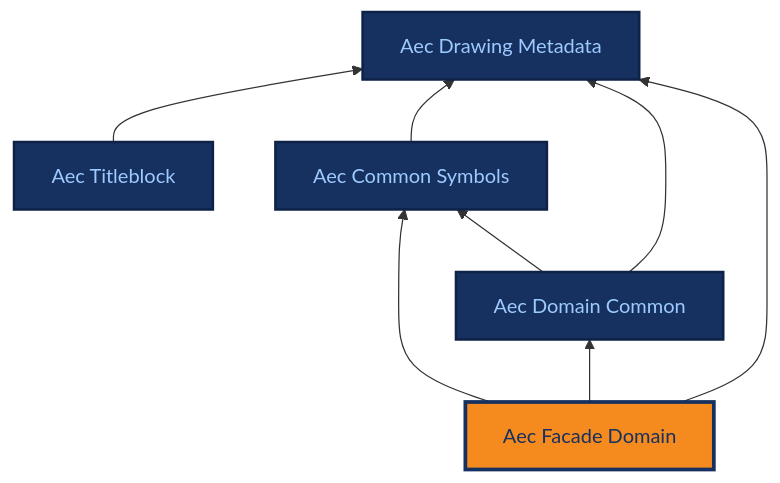
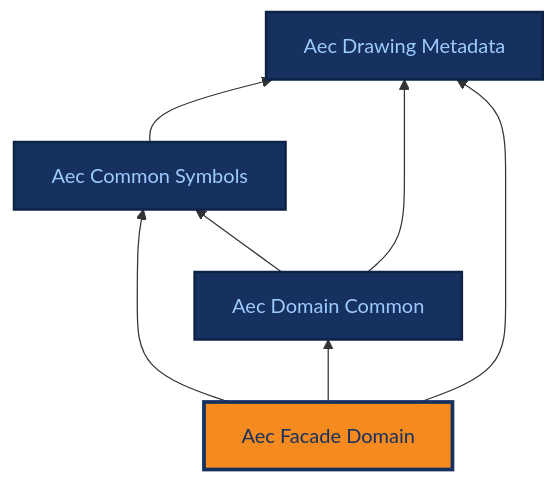
Before and after one commit to BuroHappoldMachineLearning/ADIRO: the diagram in docs/ontologies/aec_facade_domain.md, drawn with Mermaid. The commit also changed 22 other files, not shown here.

First line of the commit message:
refactor: delete the aec_titleblock module; trim the PR to what it needs

````diff
--- a/docs/ontologies/aec_facade_domain.md
+++ b/docs/ontologies/aec_facade_domain.md
@@ -17,20 +17,18 @@
 ```mermaid
 %%{init: {"themeCSS": ".base .nodeLabel,.base .nodeLabel p,.base text,.base tspan{fill:#9ecbff !important;color:#9ecbff !important}.current .nodeLabel,.current .nodeLabel p,.current text,.current tspan{fill:#16305f !important;color:#16305f !important}"} }%%
 graph BT
     aec_drawing_metadata["Aec Drawing Metadata"]
-    aec_titleblock["Aec Titleblock"]
     aec_common_symbols["Aec Common Symbols"]
     aec_domain_common["Aec Domain Common"]
     aec_facade_domain["Aec Facade Domain"]
-    aec_titleblock --> aec_drawing_metadata
     aec_common_symbols --> aec_drawing_metadata
     aec_domain_common --> aec_common_symbols
     aec_domain_common --> aec_drawing_metadata
     aec_facade_domain --> aec_common_symbols
     aec_facade_domain --> aec_domain_common
     aec_facade_domain --> aec_drawing_metadata
     classDef base fill:#16305f,stroke:#0e2247,stroke-width:2px,color:#9ecbff;
-    class aec_drawing_metadata,aec_titleblock,aec_common_symbols,aec_domain_common base;
+    class aec_drawing_metadata,aec_common_symbols,aec_domain_common base;
     classDef current fill:#f58a1f,stroke:#16305f,stroke-width:3px,color:#16305f;
     class aec_facade_domain current;
 ```
````
